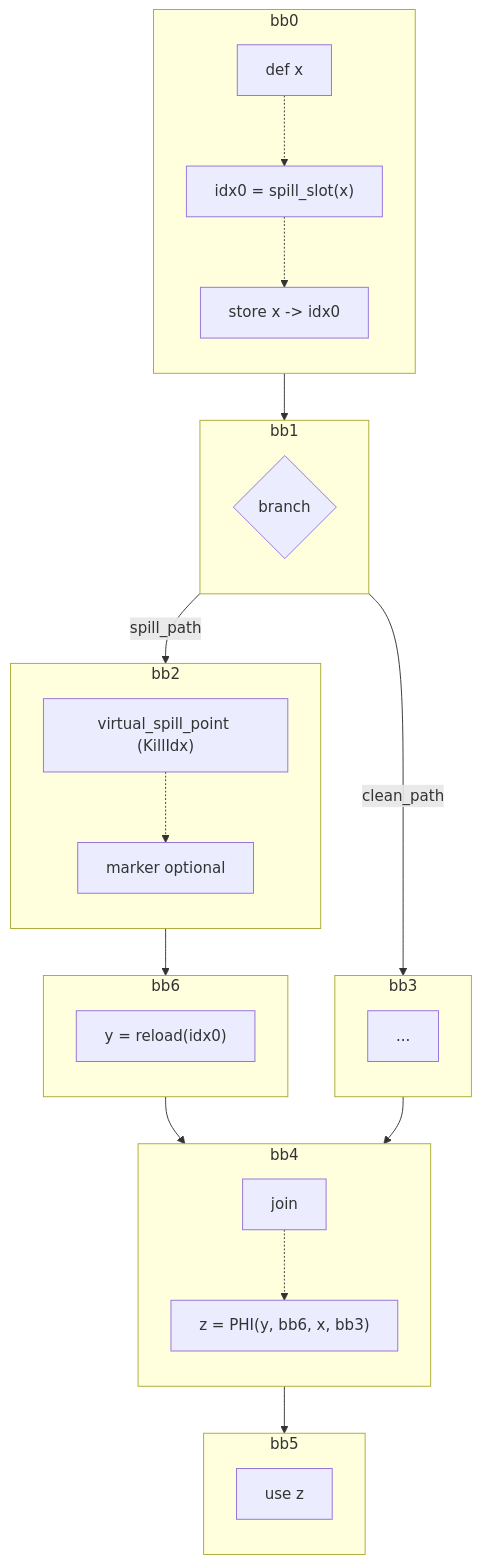
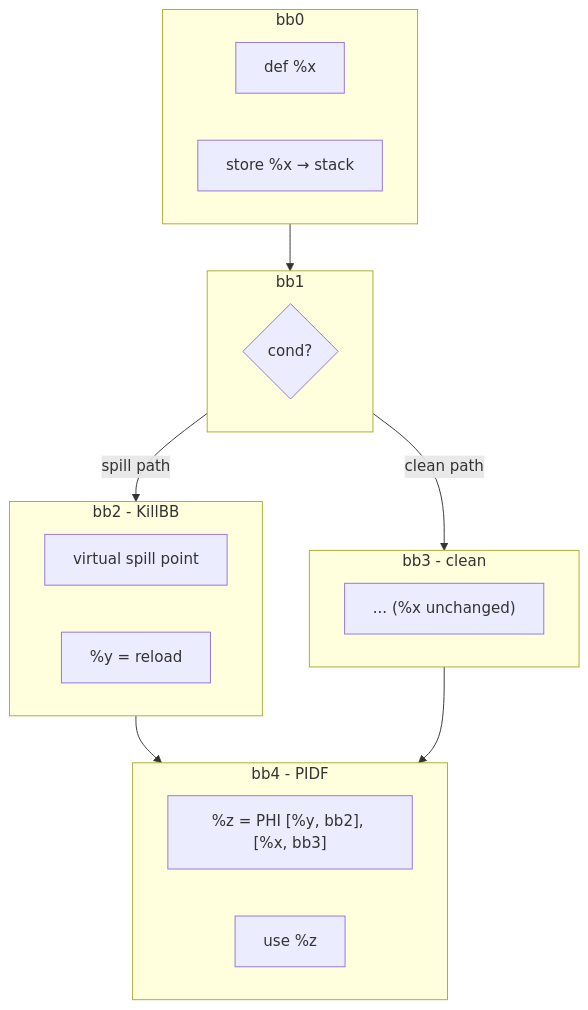
Before and after one commit to alex-t/ssa-spiller-docs: diagram 15 of 15 in SSA_Spiller/04-Design/SSA_SPILLER_DESIGN.md, drawn with Mermaid. The commit also changed other lines of this file, not shown here.

````diff
--- a/SSA_Spiller/04-Design/SSA_SPILLER_DESIGN.md
+++ b/SSA_Spiller/04-Design/SSA_SPILLER_DESIGN.md
@@ -329,53 +624,31 @@
 ```mermaid
 flowchart TD
   subgraph a_bb0[bb0]
-    direction TB
-    a_bb0_i1["def x"]
-    a_bb0_i2["idx0 = spill_slot(x)"]
-    a_bb0_i3["store x -> idx0"]
-    a_bb0_i1 -.-> a_bb0_i2
-    a_bb0_i2 -.-> a_bb0_i3
+    a_def["def %x"]
+    a_store["store %x → stack"]
   end
 
   subgraph a_bb1[bb1]
-    direction TB
-    a_bb1_t{"branch"}
+    a_branch{"cond?"}
   end
 
-  subgraph a_bb2[bb2]
-    direction TB
-    a_bb2_i1["virtual_spill_point (KillIdx)"]
-    a_bb2_i2["marker optional"]
-    a_bb2_i1 -.-> a_bb2_i2
+  subgraph a_bb2[bb2 - KillBB]
+    a_kill["virtual spill point"]
+    a_reload["%y = reload"]
   end
 
-  subgraph a_bb3[bb3]
-    direction TB
-    a_bb3_i1["..."]
+  subgraph a_bb3[bb3 - clean]
+    a_clean["... (%x unchanged)"]
   end
 
-  subgraph a_bb6[bb6]
-    direction TB
-    a_bb6_i1["y = reload(idx0)"]
+  subgraph a_bb4[bb4 - PIDF]
+    a_phi["%z = PHI [%y, bb2], [%x, bb3]"]
+    a_use["use %z"]
   end
 
-  subgraph a_bb4[bb4]
-    direction TB
-    a_bb4_i1["join"]
-    a_bb4_i2["z = PHI(y, bb6, x, bb3)"]
-    a_bb4_i1 -.-> a_bb4_i2
-  end
-
-  subgraph a_bb5[bb5]
-    direction TB
-    a_bb5_i1["use z"]
-  end
-
-  a_bb0_i3 --> a_bb1_t
-  a_bb1_t -->|"spill_path"| a_bb2_i1
-  a_bb1_t -->|"clean_path"| a_bb3_i1
-  a_bb2_i2 --> a_bb6_i1
-  a_bb6_i1 --> a_bb4_i1
-  a_bb3_i1 --> a_bb4_i1
-  a_bb4_i2 --> a_bb5_i1
+  a_bb0 --> a_bb1
+  a_bb1 -->|"spill path"| a_bb2
+  a_bb1 -->|"clean path"| a_bb3
+  a_bb2 --> a_bb4
+  a_bb3 --> a_bb4
 ```
````
